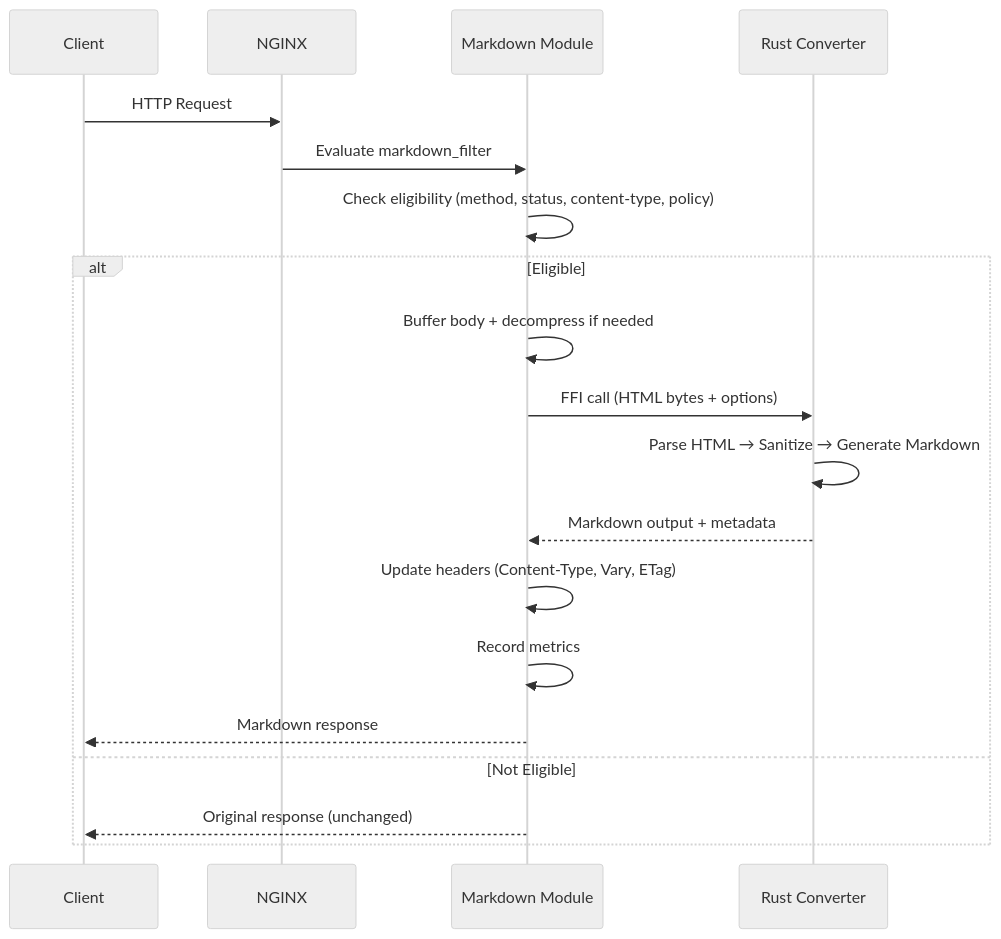
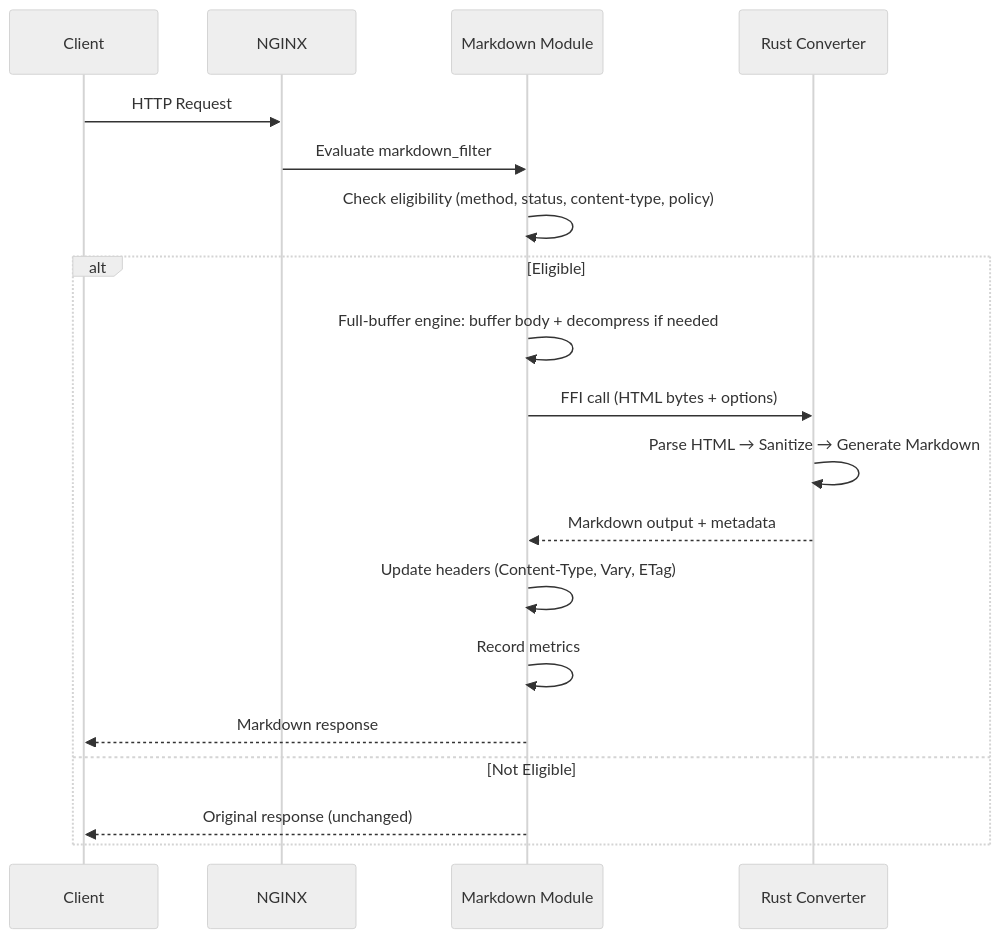
One commit to cnkang/nginx-markdown-for-agents changed the second of 2 diagrams in docs/architecture/SYSTEM_ARCHITECTURE.md. Above: the diagram before and after it, drawn with Mermaid (neutral theme). The commit also changed other lines of this file and 20 other files, not shown here.

````diff
--- a/docs/architecture/SYSTEM_ARCHITECTURE.md
+++ b/docs/architecture/SYSTEM_ARCHITECTURE.md
@@ -137,22 +145,22 @@
 ```mermaid
 sequenceDiagram
     participant C as Client
     participant N as NGINX
     participant M as Markdown Module
     participant R as Rust Converter
 
     C->>N: HTTP Request
     N->>M: Evaluate markdown_filter
     M->>M: Check eligibility (method, status, content-type, policy)
     alt Eligible
-        M->>M: Buffer body + decompress if needed
+        M->>M: Full-buffer engine: buffer body + decompress if needed
         M->>R: FFI call (HTML bytes + options)
         R->>R: Parse HTML → Sanitize → Generate Markdown
         R-->>M: Markdown output + metadata
         M->>M: Update headers (Content-Type, Vary, ETag)
         M->>M: Record metrics
         M-->>C: Markdown response
     else Not Eligible
         M-->>C: Original response (unchanged)
     end
 ```
````
